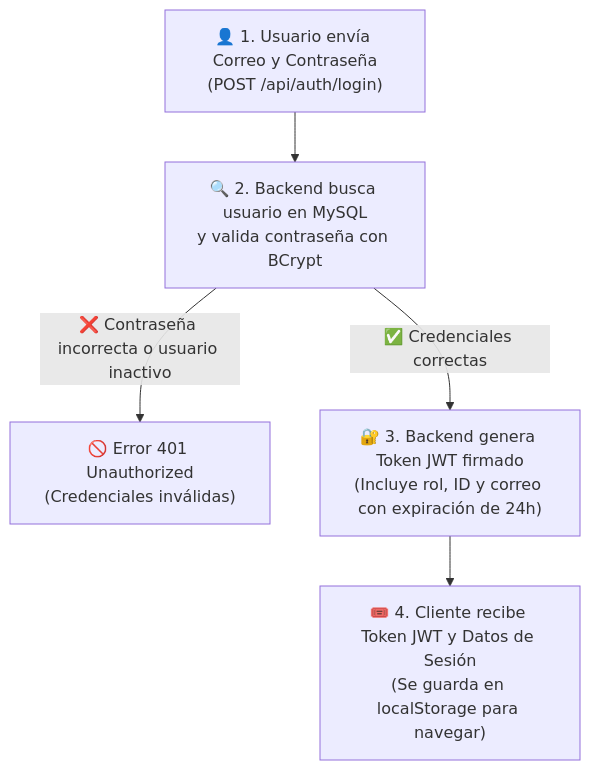
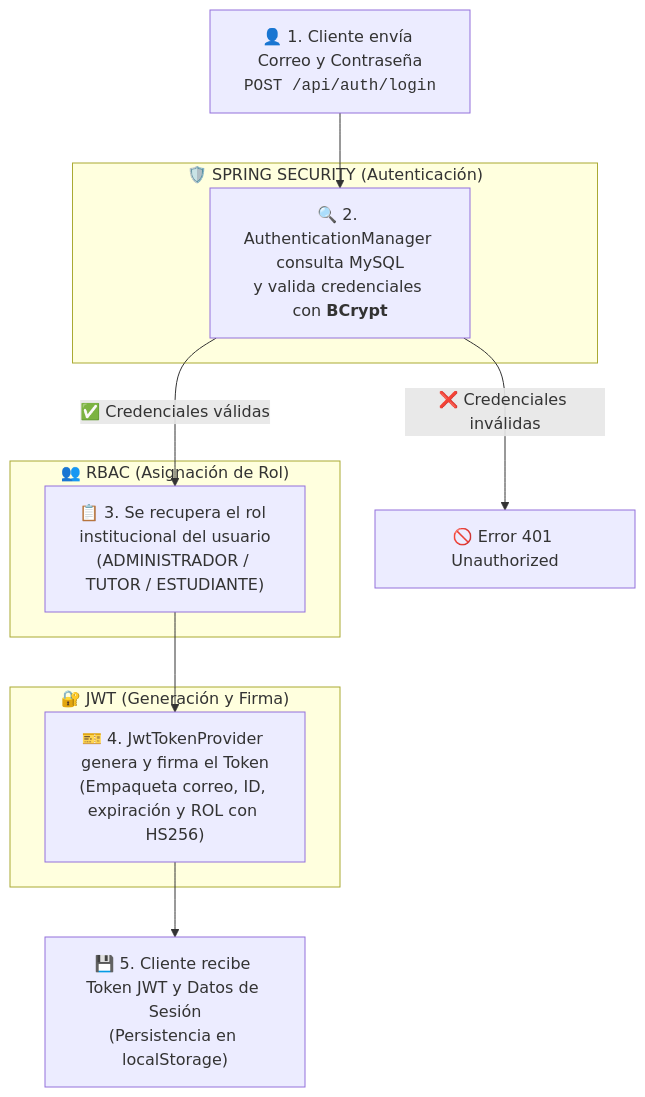
One commit to WRivxs/SGTU-Tutorias-Universitarias changed the first of 2 diagrams in docs/Entrega3_Arquitectura_Seguridad.md. Above: the diagram before and after it, drawn with Mermaid. The commit also changed other lines of this file, not shown here.

Commit message:
docs: etiquetar visualmente las etapas de Spring Security, JWT y RBAC con subgraphs en los diagramas de flujo

````diff
--- a/docs/Entrega3_Arquitectura_Seguridad.md
+++ b/docs/Entrega3_Arquitectura_Seguridad.md
@@ -75,10 +75,20 @@
 ```mermaid
 flowchart TD
-    A["👤 1. Usuario envía Correo y Contraseña<br/>(POST /api/auth/login)"] --> B["🔍 2. Backend busca usuario en MySQL<br/>y valida contraseña con BCrypt"]
-    
-    B -->|❌ Contraseña incorrecta o usuario inactivo| C["🚫 Error 401 Unauthorized<br/>(Credenciales inválidas)"]
-    
-    B -->|✅ Credenciales correctas| D["🔐 3. Backend genera Token JWT firmado<br/>(Incluye rol, ID y correo con expiración de 24h)"]
-    
-    D --> E["🎟️ 4. Cliente recibe Token JWT y Datos de Sesión<br/>(Se guarda en localStorage para navegar)"]
+    A["👤 1. Cliente envía Correo y Contraseña<br/><code>POST /api/auth/login</code>"] --> B
+
+    subgraph SS1 ["🛡️ SPRING SECURITY (Autenticación)"]
+        B["🔍 2. AuthenticationManager consulta MySQL<br/>y valida credenciales con <b>BCrypt</b>"]
+    end
+
+    B -->|❌ Credenciales inválidas| C["🚫 Error 401 Unauthorized"]
+
+    subgraph RBAC1 ["👥 RBAC (Asignación de Rol)"]
+        B -->|✅ Credenciales válidas| D["📋 3. Se recupera el rol institucional del usuario<br/>(ADMINISTRADOR / TUTOR / ESTUDIANTE)"]
+    end
+
+    subgraph JWT1 ["🔐 JWT (Generación y Firma)"]
+        D --> E["🎫 4. JwtTokenProvider genera y firma el Token<br/>(Empaqueta correo, ID, expiración y ROL con HS256)"]
+    end
+
+    E --> F["💾 5. Cliente recibe Token JWT y Datos de Sesión<br/>(Persistencia en localStorage)"]
 ```
````
